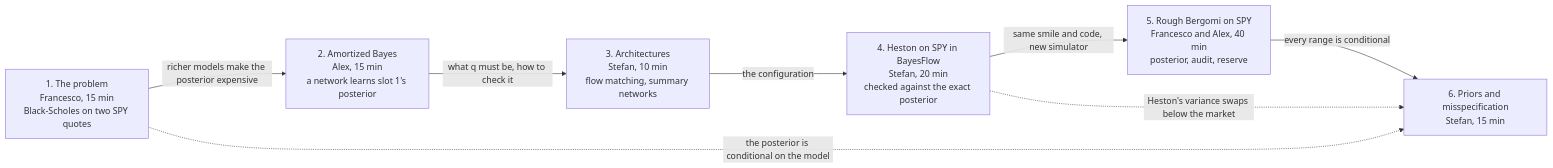
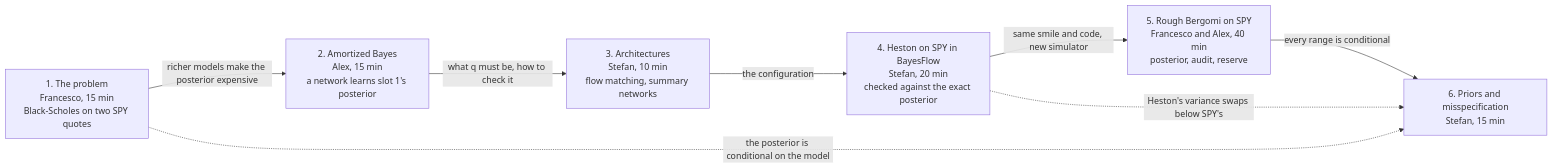
One commit to fmuia/sbi4finance changed the diagram in tutorial_final/curriculum/00-overview.md. Above: the diagram before and after it, drawn with Mermaid. The commit also changed other lines of this file and 7 other files, not shown here.

````diff
--- a/tutorial_final/curriculum/00-overview.md
+++ b/tutorial_final/curriculum/00-overview.md
@@ -93,10 +93,10 @@
 ```mermaid
 flowchart LR
   S1["1. The problem<br/>Francesco, 15 min<br/>Black-Scholes on two SPY quotes"] -->|"richer models make the posterior expensive"| S2["2. Amortized Bayes<br/>Alex, 15 min<br/>a network learns slot 1's posterior"]
   S2 -->|"what q must be, how to check it"| S3["3. Architectures<br/>Stefan, 10 min<br/>flow matching, summary networks"]
   S3 -->|"the configuration"| S4["4. Heston on SPY in BayesFlow<br/>Stefan, 20 min<br/>checked against the exact posterior"]
   S4 -->|"same smile and code, new simulator"| S5["5. Rough Bergomi on SPY<br/>Francesco and Alex, 40 min<br/>posterior, audit, reserve"]
   S5 -->|"every range is conditional"| S6["6. Priors and misspecification<br/>Stefan, 15 min"]
   S1 -.->|"the posterior is conditional on the model"| S6
-  S4 -.->|"Heston's variance swaps below the market"| S6
+  S4 -.->|"Heston's variance swaps below SPY's"| S6
 ```
````
